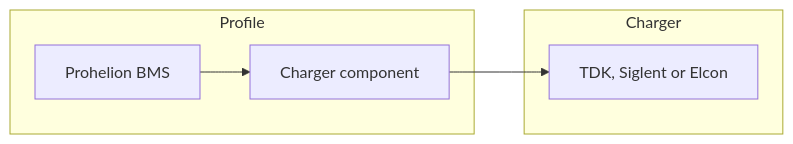
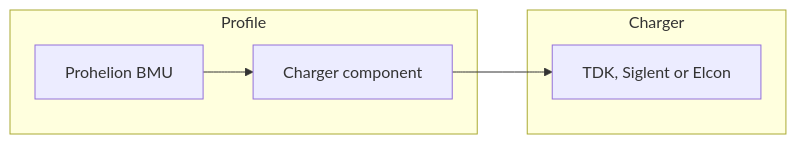
Before and after one commit to Prohelion/prohelion.github.io: the diagram in docs/Software/Profinity/Components/Chargers_and_Power/Charger_Components.md, drawn with Mermaid. The commit also changed other lines of this file and 98 other files, not shown here.

````diff
--- a/docs/Software/Profinity/Components/Chargers_and_Power/Charger_Components.md
+++ b/docs/Software/Profinity/Components/Chargers_and_Power/Charger_Components.md
@@ -23,10 +23,10 @@
 ```mermaid
 flowchart LR
     subgraph Profile["Profile"]
-        BMS["Prohelion BMS"] --> Component["Charger component"]
+        BMS["Prohelion BMU"] --> Component["Charger component"]
     end
     subgraph Hardware["Charger"]
         Charger["TDK, Siglent or Elcon"]
     end
     Component --> Charger
 ```
````
